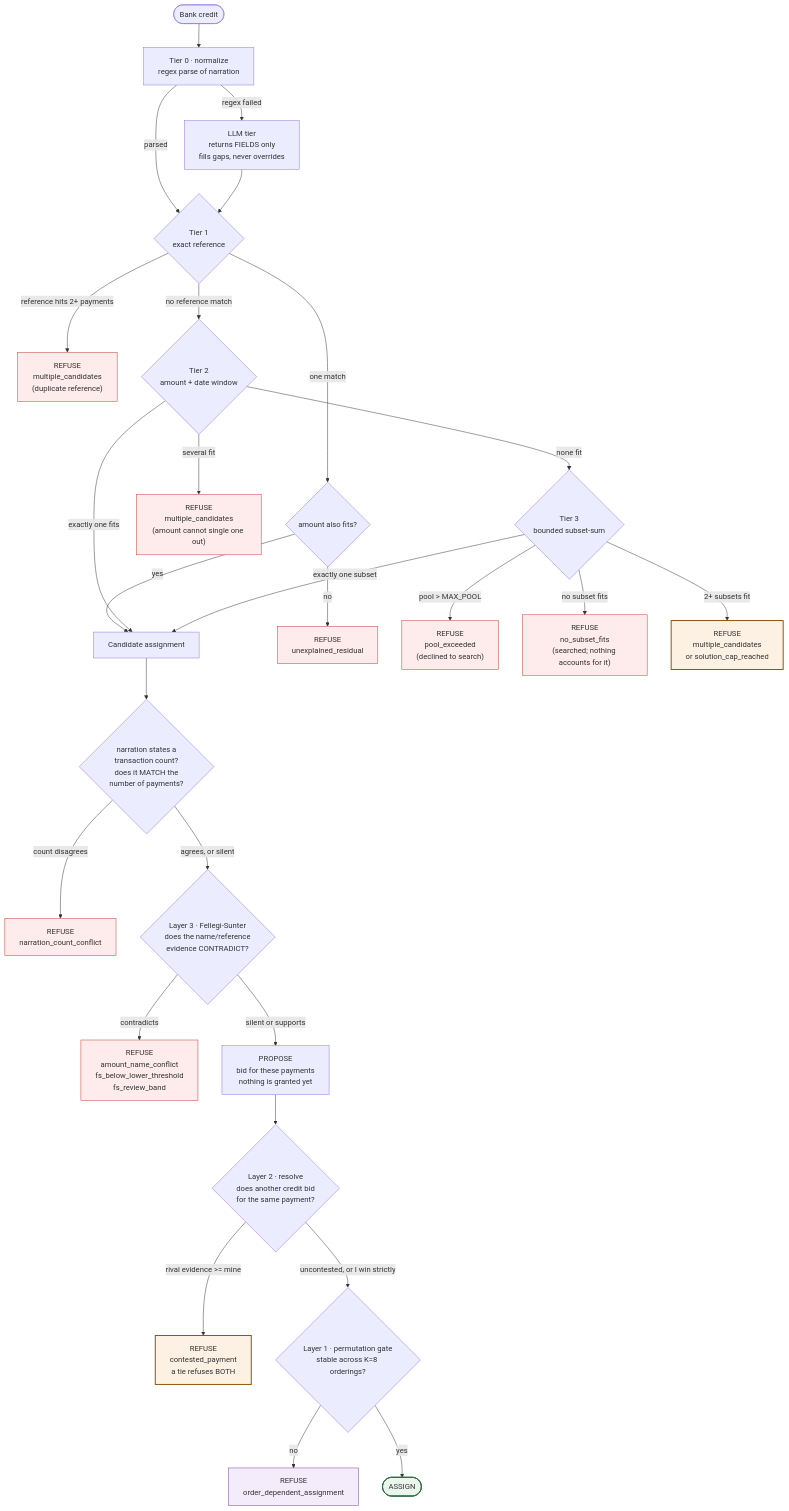
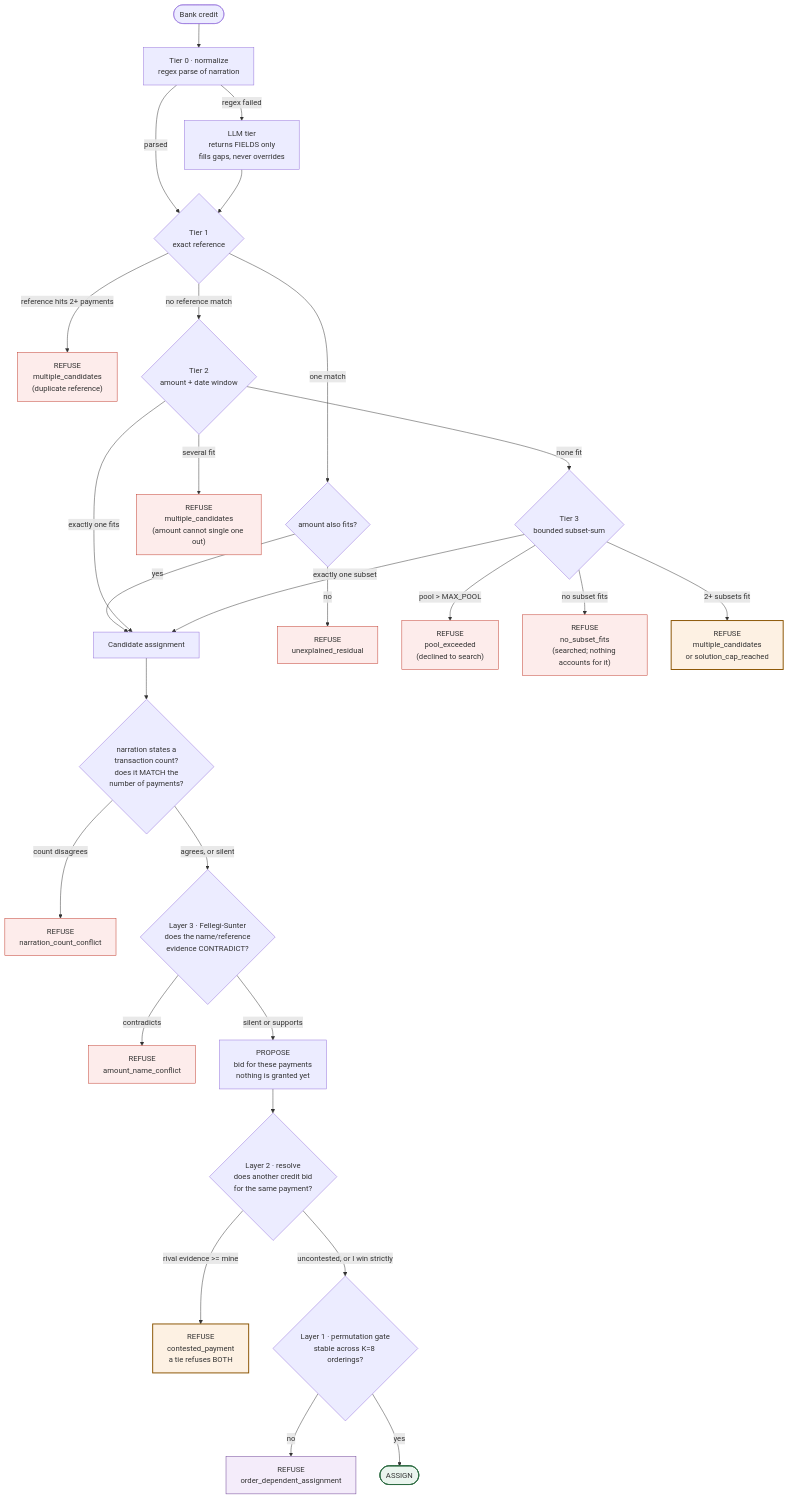
One commit to baymax-afk/Pramana_RZP_buildathon_reconciliation_agent changed the second of 7 diagrams in docs/FLOWCHARTS.md. Above: the diagram before and after it, drawn with Mermaid. The commit also changed other lines of this file and 9 other files, not shown here.

````diff
--- a/docs/FLOWCHARTS.md
+++ b/docs/FLOWCHARTS.md
@@ -65,50 +65,50 @@
 ```mermaid
 flowchart TD
     START(["Bank credit"]) --> PARSE["Tier 0 · normalize<br/>regex parse of narration"]
     PARSE -->|regex failed| LLM["LLM tier<br/>returns FIELDS only<br/>fills gaps, never overrides"]
     PARSE -->|parsed| T1
     LLM --> T1
 
     T1{"Tier 1<br/>exact reference"}
     T1 -->|one match| CHECK1{"amount also fits?"}
     T1 -->|reference hits 2+ payments| REF_DUP["REFUSE<br/>multiple_candidates<br/>(duplicate reference)"]
     T1 -->|no reference match| T2
 
     CHECK1 -->|yes| ASSIGN
     CHECK1 -->|no| RESID["REFUSE<br/>unexplained_residual"]
 
     T2{"Tier 2<br/>amount + date window"}
     T2 -->|exactly one fits| ASSIGN
     T2 -->|several fit| MULTI2["REFUSE<br/>multiple_candidates<br/>(amount cannot single one out)"]
     T2 -->|none fit| T3
 
     T3{"Tier 3<br/>bounded subset-sum"}
     T3 -->|pool > MAX_POOL| BOUNDS["REFUSE<br/>pool_exceeded<br/>(declined to search)"]
     T3 -->|no subset fits| NONE["REFUSE<br/>no_subset_fits<br/>(searched; nothing accounts for it)"]
     T3 -->|2+ subsets fit| MULTI3["REFUSE<br/>multiple_candidates<br/>or solution_cap_reached"]
     T3 -->|exactly one subset| ASSIGN
 
     ASSIGN["Candidate assignment"] --> COUNT{"narration states a<br/>transaction count?<br/>does it MATCH the<br/>number of payments?"}
     COUNT -->|"count disagrees"| CNTNO["REFUSE<br/>narration_count_conflict"]
     COUNT -->|"agrees, or silent"| FS{"Layer 3 · Fellegi-Sunter<br/>does the name/reference<br/>evidence CONTRADICT?"}
-    FS -->|contradicts| FSNO["REFUSE<br/>amount_name_conflict<br/>fs_below_lower_threshold<br/>fs_review_band"]
+    FS -->|contradicts| FSNO["REFUSE<br/>amount_name_conflict"]
     FS -->|silent or supports| PROP["PROPOSE<br/>bid for these payments<br/>nothing is granted yet"]
 
     PROP --> RES{"Layer 2 · resolve<br/>does another credit bid<br/>for the same payment?"}
     RES -->|"rival evidence >= mine"| CONT["REFUSE<br/>contested_payment<br/>a tie refuses BOTH"]
     RES -->|"uncontested, or I win strictly"| GATE{"Layer 1 · permutation gate<br/>stable across K=8 orderings?"}
     GATE -->|no| ORD["REFUSE<br/>order_dependent_assignment"]
     GATE -->|yes| FINAL(["ASSIGN"])
 
     style REF_DUP fill:#fdeceb,stroke:#c0392b
     style RESID fill:#fdeceb,stroke:#c0392b
     style MULTI2 fill:#fdeceb,stroke:#c0392b
     style MULTI3 fill:#fdf1e3,stroke:#8a5300,stroke-width:2px
     style BOUNDS fill:#fdeceb,stroke:#c0392b
     style NONE fill:#fdeceb,stroke:#c0392b
     style CNTNO fill:#fdeceb,stroke:#c0392b
     style FSNO fill:#fdeceb,stroke:#c0392b
     style CONT fill:#fdf1e3,stroke:#8a5300,stroke-width:2px
     style ORD fill:#f4ecfa,stroke:#6a3e93
     style FINAL fill:#eaf5ee,stroke:#2c6b41,stroke-width:2px
 ```
````
